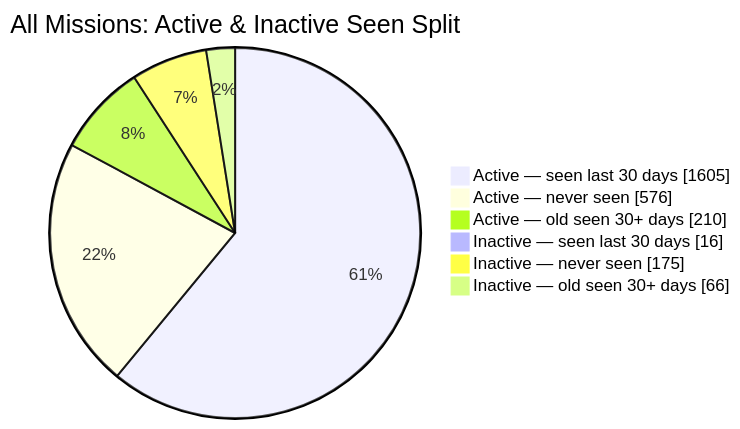
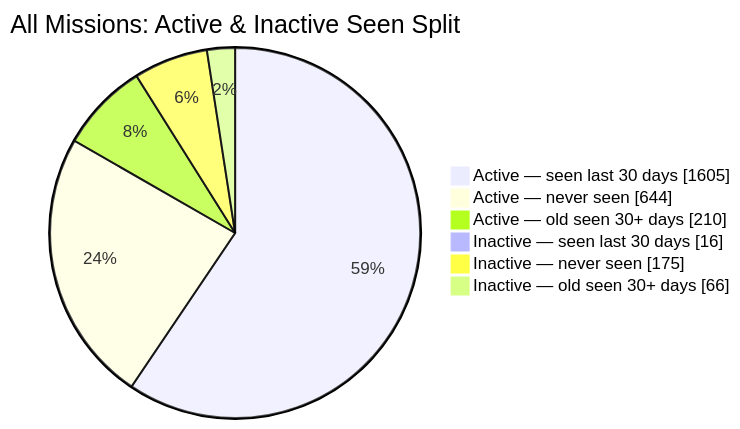
Before and after one commit to MeldkamerspelGameTeam/active-missions: the second of 2 diagrams in README.md, drawn with Mermaid. The commit also changed other lines of this file and 4 other files, not shown here.

````diff
--- a/README.md
+++ b/README.md
@@ -44,10 +44,10 @@
 ```mermaid
 pie showData
     title All Missions: Active & Inactive Seen Split
     "Active — seen last 30 days" : 1605
-    "Active — never seen" : 576
+    "Active — never seen" : 644
     "Active — old seen 30+ days" : 210
     "Inactive — seen last 30 days" : 16
     "Inactive — never seen" : 175
     "Inactive — old seen 30+ days" : 66
 ```
````
